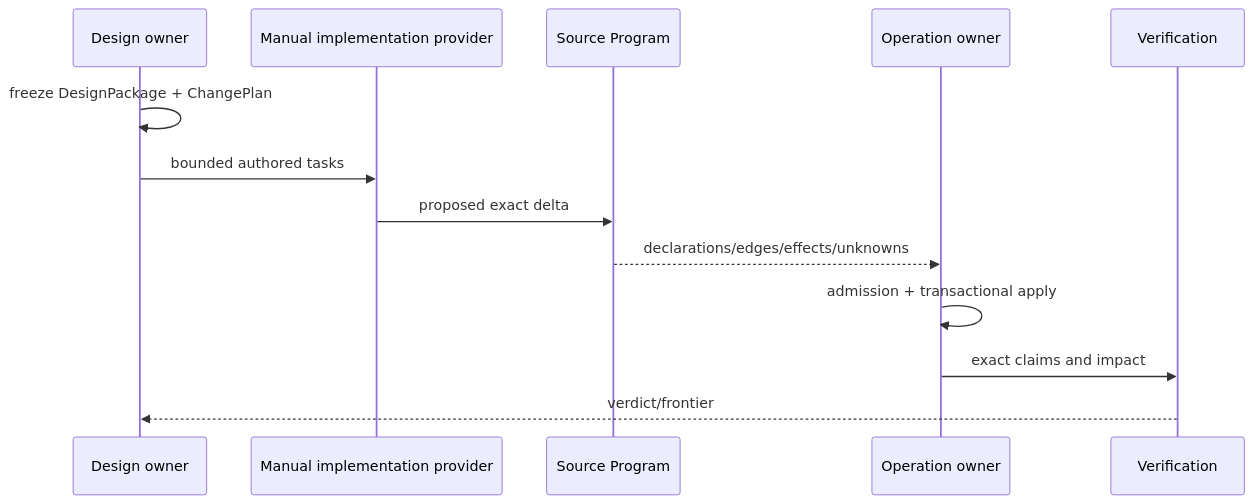
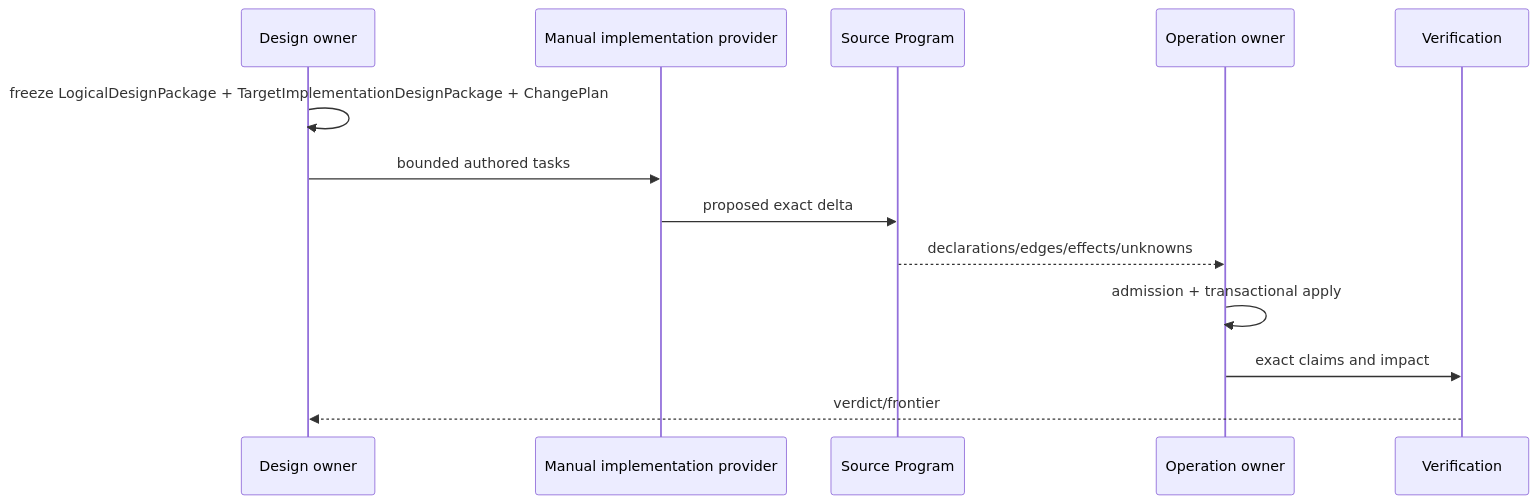
One commit to sec-platform/sec changed diagram 13 of 18 in docs/implementation-architecture.md. Above: the diagram before and after it, drawn with Mermaid. The commit also changed other lines of this file and 2 other files, not shown here.

Commit message:
docs: separate logical implementation and conformance design

````diff
--- a/docs/implementation-architecture.md
+++ b/docs/implementation-architecture.md
@@ -671,16 +979,16 @@
 ```mermaid
 sequenceDiagram
   participant D as Design owner
   participant P as Manual implementation provider
   participant S as Source Program
   participant O as Operation owner
   participant V as Verification
 
-  D->>D: freeze DesignPackage + ChangePlan
+  D->>D: freeze LogicalDesignPackage + TargetImplementationDesignPackage + ChangePlan
   D->>P: bounded authored tasks
   P->>S: proposed exact delta
   S-->>O: declarations/edges/effects/unknowns
   O->>O: admission + transactional apply
   O->>V: exact claims and impact
   V-->>D: verdict/frontier
 ```
````
